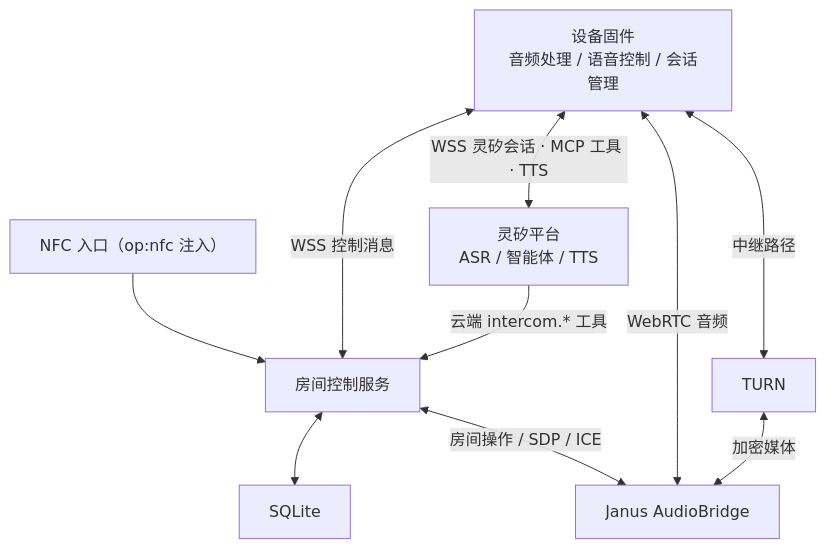
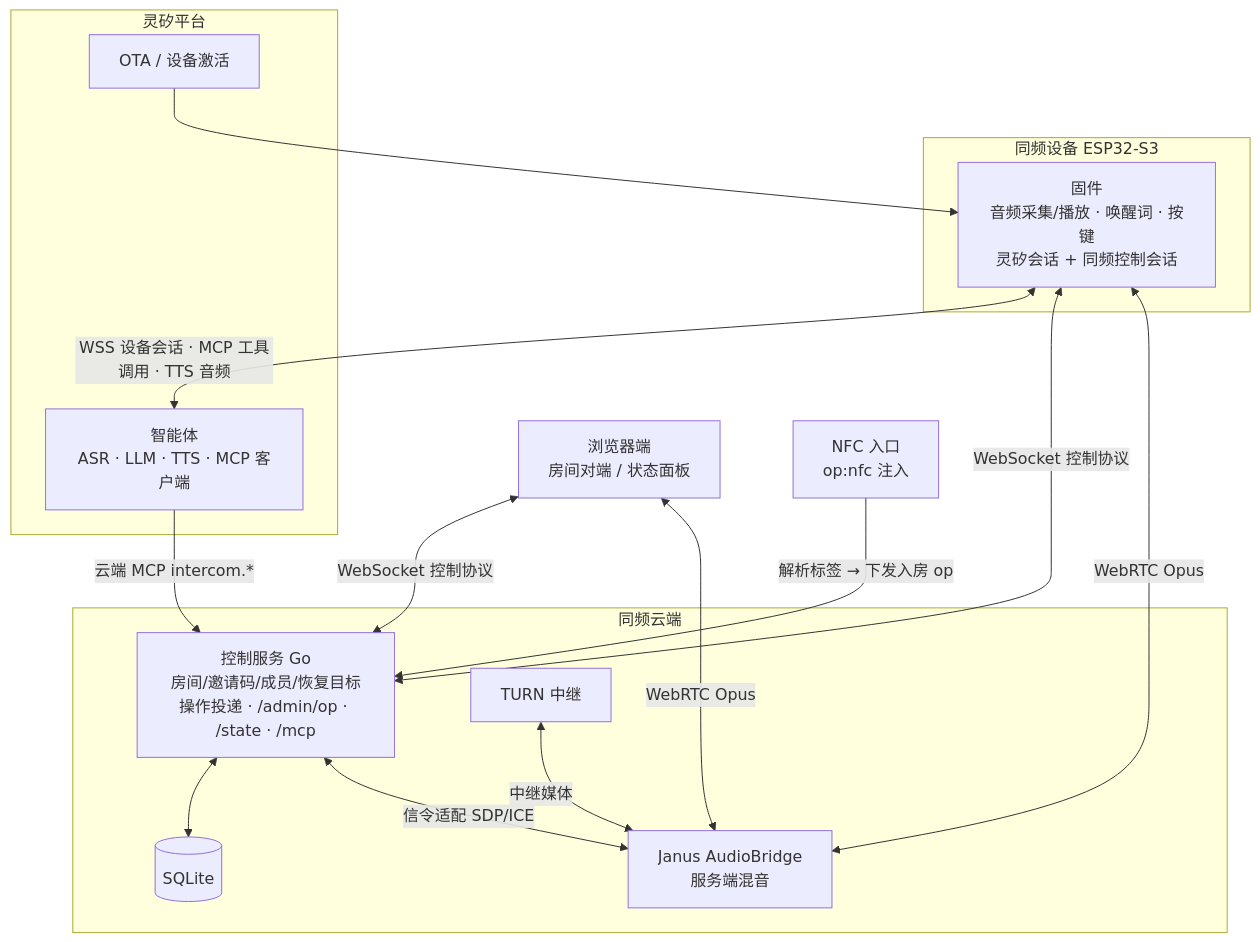
The first of 7 diagrams in docs/architecture-design.md (Shi1xin/linx-intercom), drawn with Mermaid before and after one commit. The commit also changed other lines of this file and 1 other file, not shown here.

````diff
--- a/docs/architecture-design.md
+++ b/docs/architecture-design.md
@@ -11,13 +7,30 @@
 ```mermaid
 flowchart TB
-    N["NFC 入口（op:nfc 注入）"] --> C["房间控制服务"]
-    D["设备固件<br/>音频处理 / 语音控制 / 会话管理"]
-    D <-->|WSS 控制消息| C["房间控制服务"]
-    D <-->|WSS 灵矽会话 · MCP 工具 · TTS| P["灵矽平台<br/>ASR / 智能体 / TTS"]
-    C <--> S["SQLite"]
-    C <-->|房间操作 / SDP / ICE| J["Janus AudioBridge"]
-    P -->|云端 intercom.* 工具| C
-    D <-->|WebRTC 音频| J
-    D <-->|中继路径| T["TURN"]
-    T <-->|加密媒体| J
+    subgraph Dev["同频设备 ESP32-S3"]
+        FW["固件<br/>音频采集/播放 · 唤醒词 · 按键<br/>灵矽会话 + 同频控制会话"]
+    end
+    subgraph Cloud["同频云端"]
+        CS["控制服务 Go<br/>房间/邀请码/成员/恢复目标<br/>操作投递 · /admin/op · /state · /mcp"]
+        DB[("SQLite")]
+        J["Janus AudioBridge<br/>服务端混音"]
+        T["TURN 中继"]
+    end
+    subgraph Plat["灵矽平台"]
+        OTA["OTA / 设备激活"]
+        AG["智能体<br/>ASR · LLM · TTS · MCP 客户端"]
+    end
+    BR["浏览器端<br/>房间对端 / 状态面板"]
+    NFC["NFC 入口<br/>op:nfc 注入"]
+
+    NFC -->|解析标签 → 下发入房 op| CS
+    FW <-->|WSS 设备会话 · MCP 工具调用 · TTS 音频| AG
+    OTA --> FW
+    FW <-->|WebSocket 控制协议| CS
+    BR <-->|WebSocket 控制协议| CS
+    CS <--> DB
+    CS <-->|信令适配 SDP/ICE| J
+    FW <-->|WebRTC Opus| J
+    BR <-->|WebRTC Opus| J
+    T <-->|中继媒体| J
+    AG -->|云端 MCP intercom.*| CS
 ```
````
